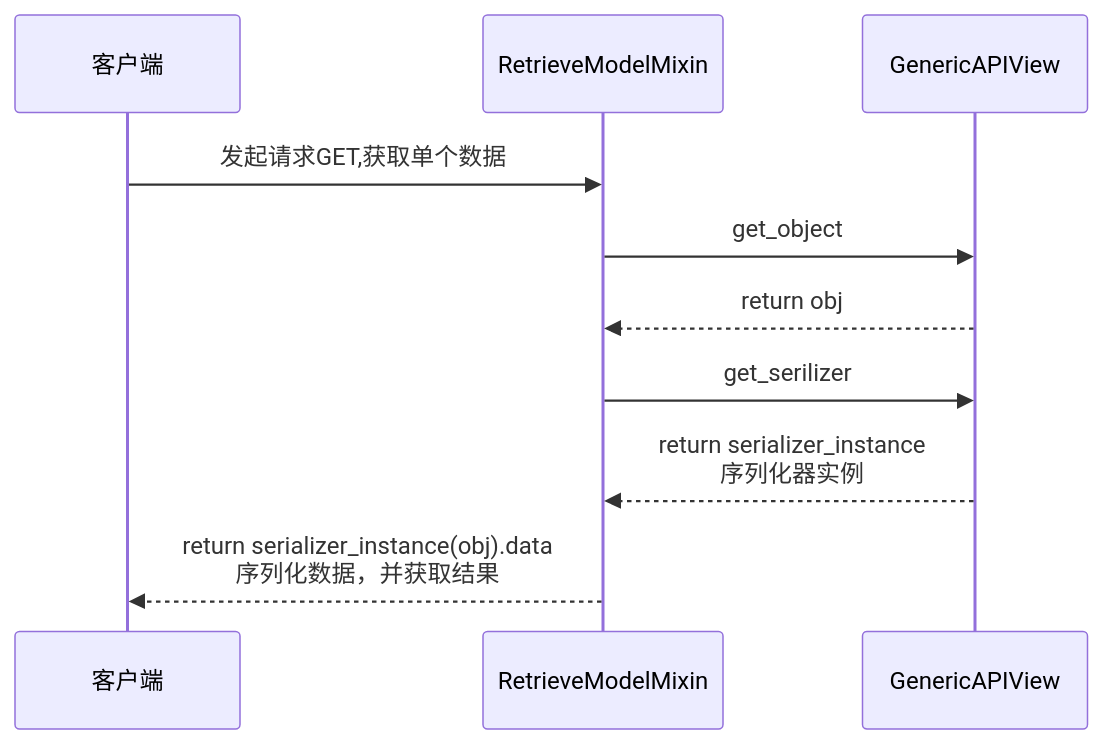
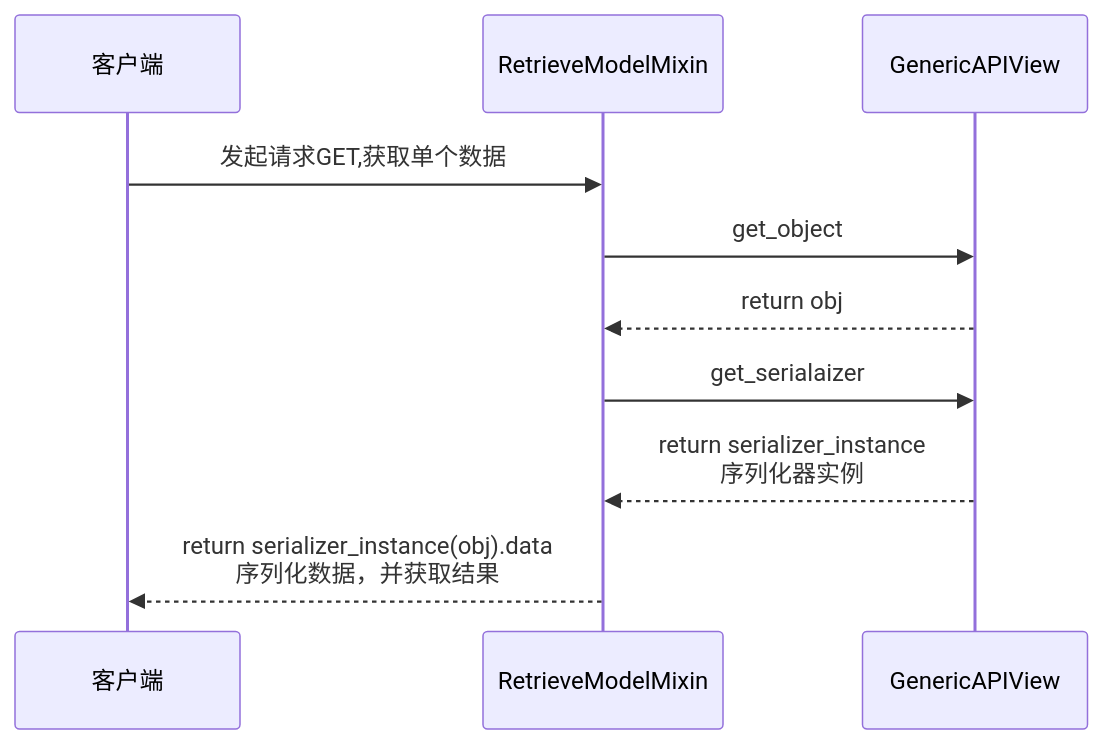
Before and after one commit to HACK-WU/django-rest-framework: the fourth of 5 diagrams in docs/diagram/Views.md, drawn with Mermaid. The commit also changed other lines of this file, not shown here.

Commit message:
feat: 添加GenericAPIView 相关图解

````diff
--- a/docs/diagram/Views.md
+++ b/docs/diagram/Views.md
@@ -85,22 +85,22 @@
 ```mermaid
 sequenceDiagram
     participant D as 客户端
     participant A as RetrieveModelMixin
     participant B as GenericAPIView
   
 
     D->>A: 发起请求GET,获取单个数据
     A->>B: get_object
     B-->>A: return obj
-    A->>B:get_serilizer
+    A->>B:get_serialaizer
     B-->>A: return serializer_instance<br>序列化器实例
     A-->>D: return  serializer_instance(obj).data<br>序列化数据，并获取结果
 
 
 
 
 
 
 
 
 ```
````
